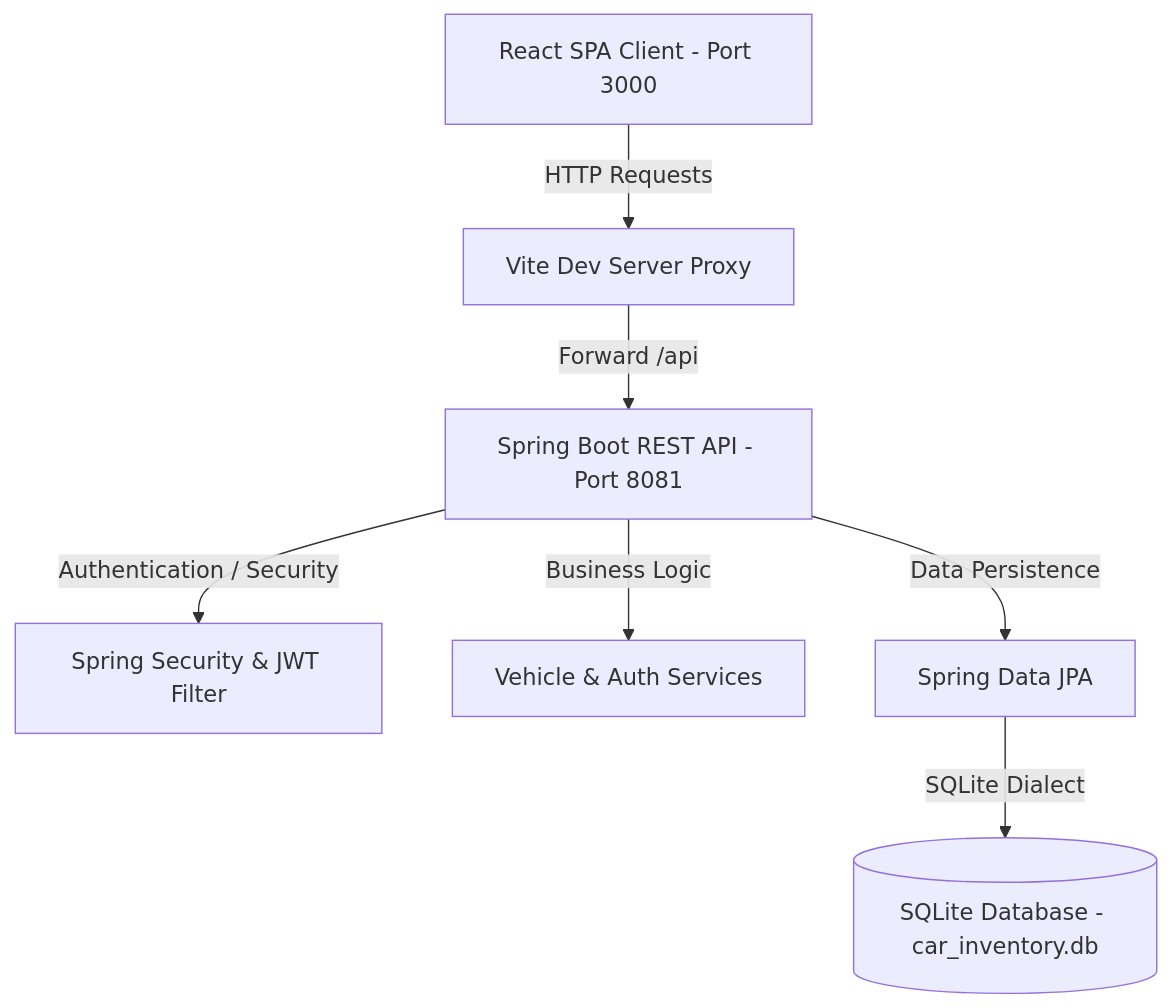
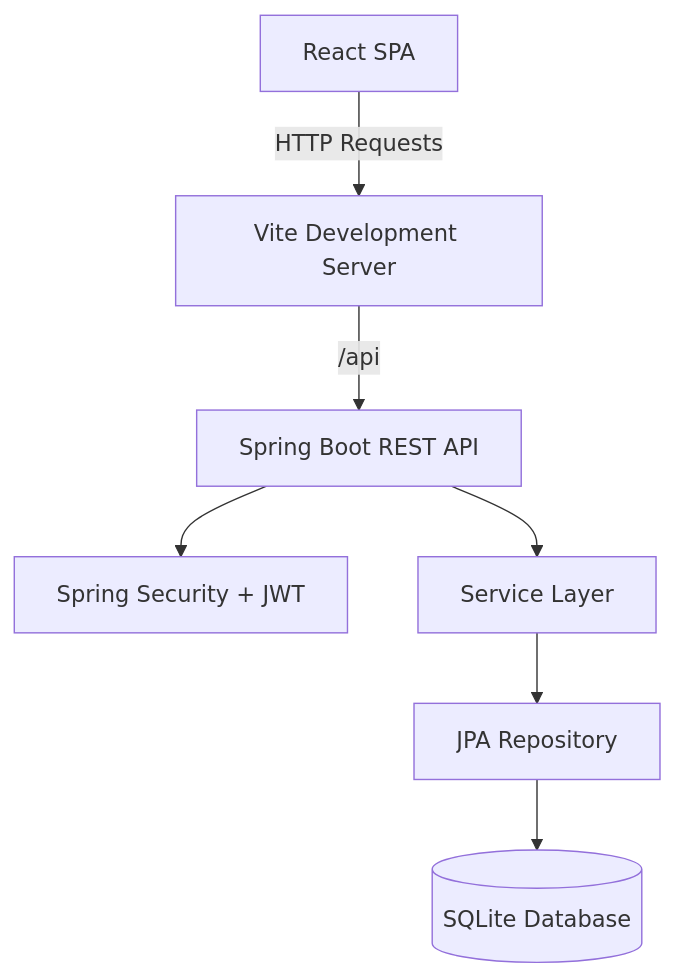
The diagram in README.md (kanisha46/car-dealership-inventory), drawn with Mermaid before and after one commit. The commit also changed other lines of this file, not shown here.

````diff
--- a/README.md
+++ b/README.md
@@ -21,9 +117,10 @@
 ```mermaid
 graph TD
-    Client[React SPA Client - Port 3000] -->|HTTP Requests| ViteProxy[Vite Dev Server Proxy]
-    ViteProxy -->|Forward /api| SpringBoot[Spring Boot REST API - Port 8081]
-    SpringBoot -->|Authentication / Security| Security[Spring Security & JWT Filter]
-    SpringBoot -->|Business Logic| Service[Vehicle & Auth Services]
-    SpringBoot -->|Data Persistence| JPA[Spring Data JPA]
-    JPA -->|SQLite Dialect| DB[(SQLite Database - car_inventory.db)]
+    Client[React SPA] -->|HTTP Requests| Vite[Vite Development Server]
+    Vite -->|/api| Spring[Spring Boot REST API]
+
+    Spring --> Security[Spring Security + JWT]
+    Spring --> Services[Service Layer]
+    Services --> Repository[JPA Repository]
+    Repository --> SQLite[(SQLite Database)]
 ```
````
